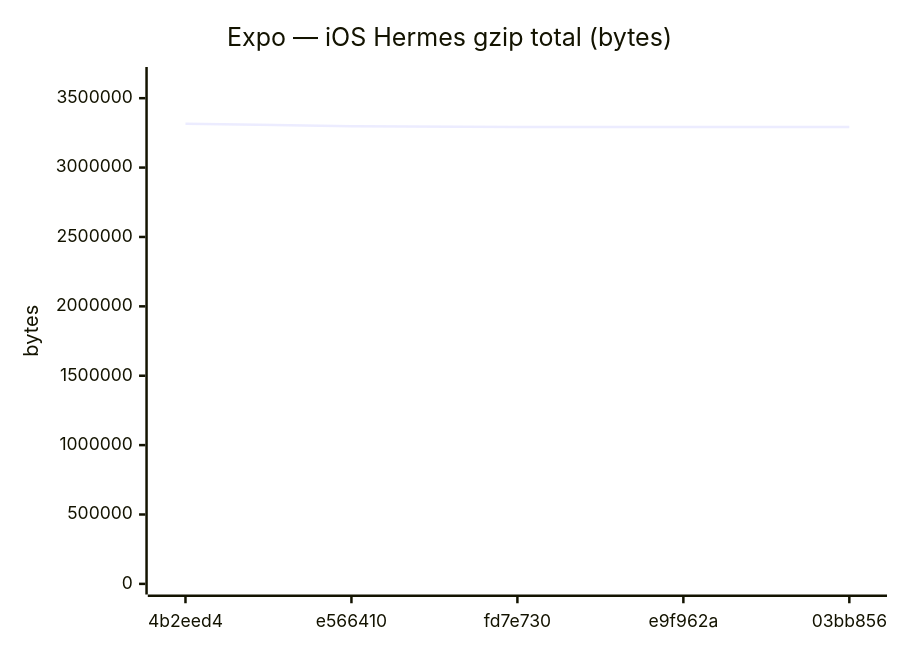
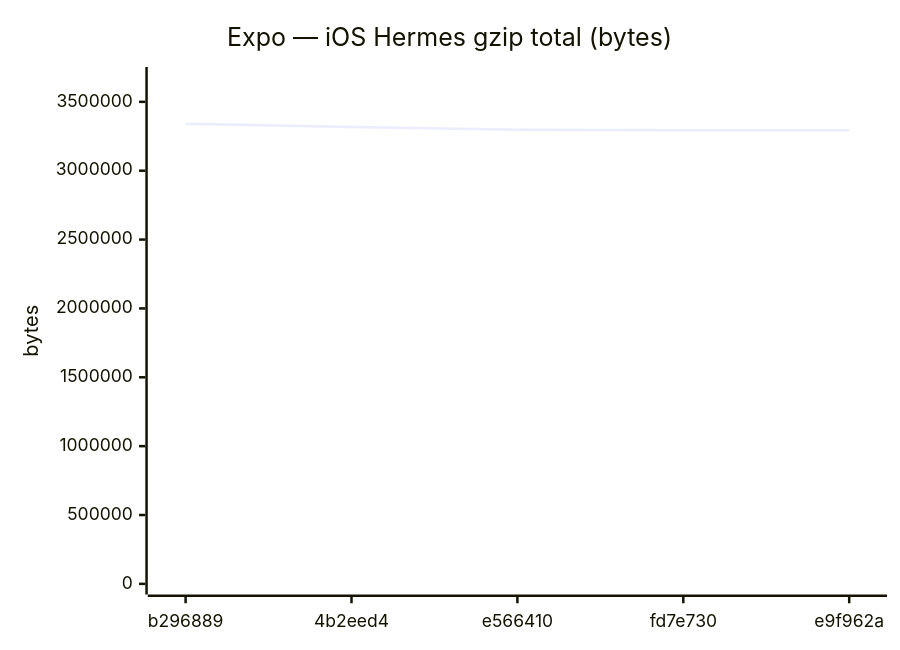
One commit to Metaheurist/Rianell changed diagram 12 of 18 in benchmarks/compare.md. Above: the diagram before and after it, drawn with Mermaid. The commit also changed other lines of this file and 11 other files, not shown here.

````diff
--- a/benchmarks/compare.md
+++ b/benchmarks/compare.md
@@ -179,7 +179,7 @@
 ```mermaid
 xychart-beta
     title "Expo — iOS Hermes gzip total (bytes)"
-    x-axis ["4b2eed4", "e566410", "fd7e730", "e9f962a", "03bb856"]
-    y-axis "bytes" 0 --> 3648200
-    line [3316545, 3297734, 3293199, 3293198, 3293200]
+    x-axis ["b296889", "4b2eed4", "e566410", "fd7e730", "e9f962a"]
+    y-axis "bytes" 0 --> 3675811
+    line [3341646, 3316545, 3297734, 3293199, 3293198]
 ```
````
